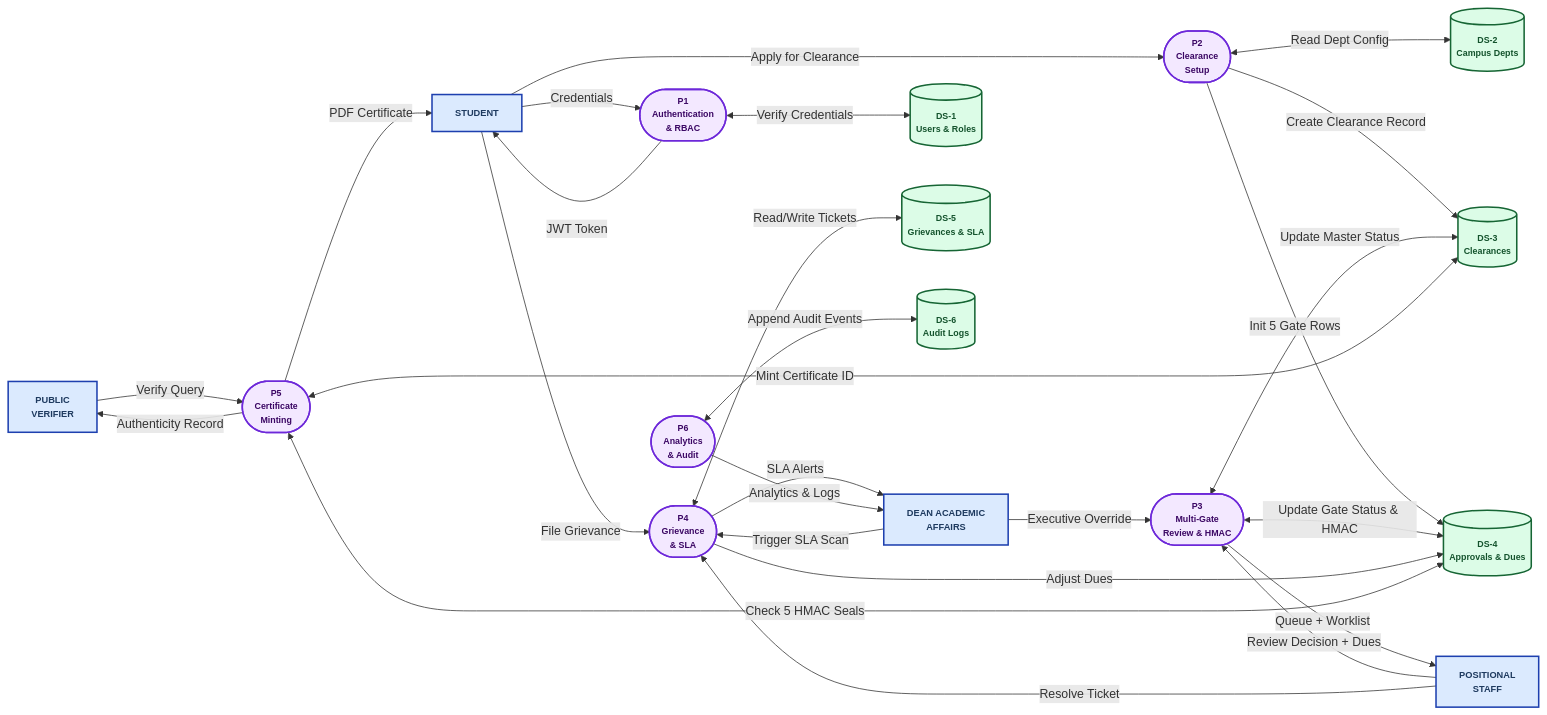
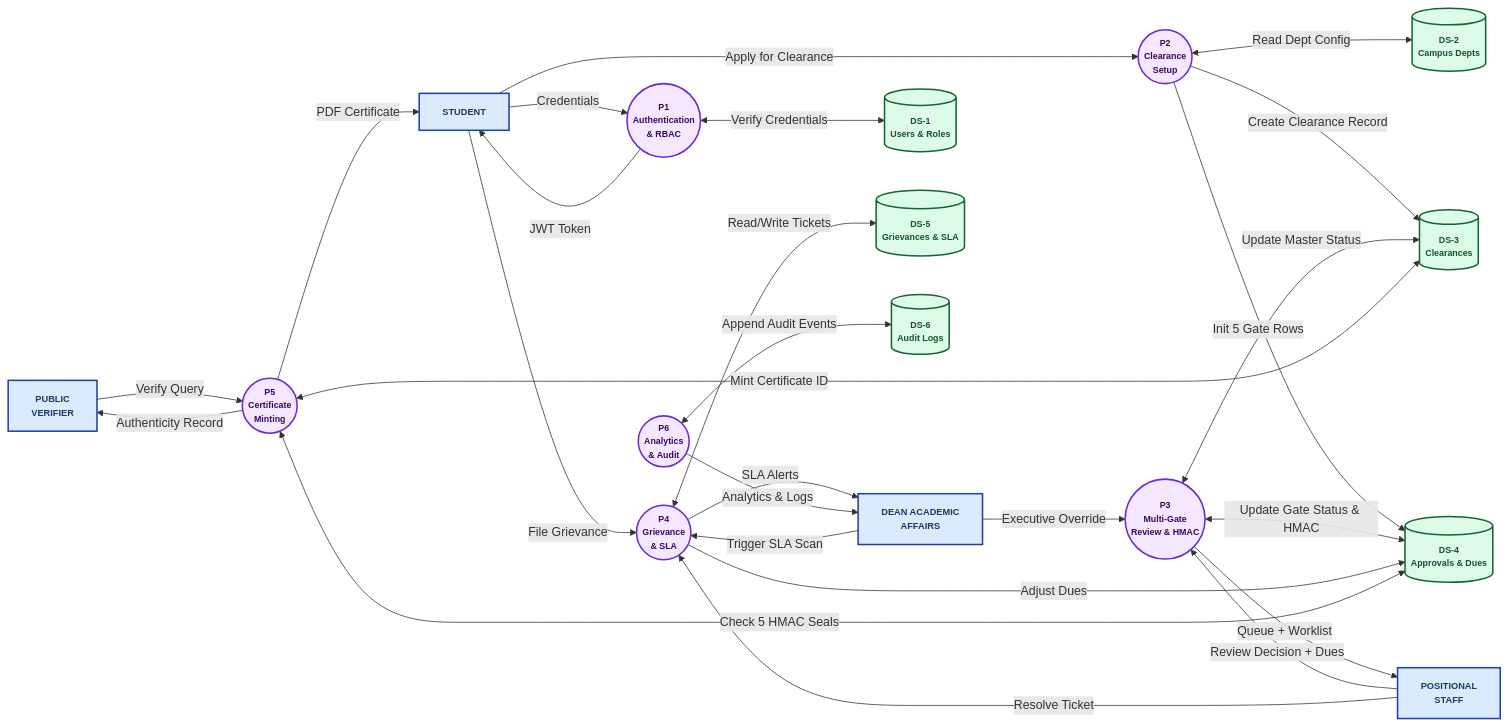
One commit to rags-git/clearance-automation-engine changed the second of 3 diagrams in docs/DFD.md. Above: the diagram before and after it, drawn with Mermaid. The commit also changed 1 other file, not shown here.

Commit message:
style(dfd): convert all Level 1 process bubbles from stadiums/ovals to circular bubbles

````diff
--- a/docs/DFD.md
+++ b/docs/DFD.md
@@ -56,59 +56,59 @@
 ```mermaid
 flowchart LR
     classDef entity  fill:#dbeafe,stroke:#1e40af,stroke-width:2px,color:#1e3a5f,font-size:12px,font-weight:bold
     classDef process fill:#f3e8ff,stroke:#6d28d9,stroke-width:2px,color:#3b0764,font-size:11.5px,font-weight:bold
     classDef store   fill:#dcfce7,stroke:#166534,stroke-width:2px,color:#14532d,font-size:11.5px,font-weight:bold
 
     %% ── External Entities (left column)
     E_STU["STUDENT"]:::entity
     E_STA["POSITIONAL\nSTAFF"]:::entity
     E_DAA["DEAN ACADEMIC\nAFFAIRS"]:::entity
     E_VER["PUBLIC\nVERIFIER"]:::entity
 
     %% ── Processes (centre column)
-    P1(["P1\nAuthentication\n& RBAC"]):::process
-    P2(["P2\nClearance\nSetup"]):::process
-    P3(["P3\nMulti-Gate\nReview & HMAC"]):::process
-    P4(["P4\nGrievance\n& SLA"]):::process
-    P5(["P5\nCertificate\nMinting"]):::process
-    P6(["P6\nAnalytics\n& Audit"]):::process
+    P1(("P1<br/>Authentication<br/>& RBAC")):::process
+    P2(("P2<br/>Clearance<br/>Setup")):::process
+    P3(("P3<br/>Multi-Gate<br/>Review & HMAC")):::process
+    P4(("P4<br/>Grievance<br/>& SLA")):::process
+    P5(("P5<br/>Certificate<br/>Minting")):::process
+    P6(("P6<br/>Analytics<br/>& Audit")):::process
 
     %% ── Data Stores (right column)
     DS1[("DS-1\nUsers & Roles")]:::store
     DS2[("DS-2\nCampus Depts")]:::store
     DS3[("DS-3\nClearances")]:::store
     DS4[("DS-4\nApprovals & Dues")]:::store
     DS5[("DS-5\nGrievances & SLA")]:::store
     DS6[("DS-6\nAudit Logs")]:::store
 
     %% ── Entity → Process flows
     E_STU -->|"Credentials"| P1
     E_STU -->|"Apply for Clearance"| P2
     E_STU -->|"File Grievance"| P4
     E_STA -->|"Review Decision + Dues"| P3
     E_STA -->|"Resolve Ticket"| P4
     E_DAA -->|"Executive Override"| P3
     E_DAA -->|"Trigger SLA Scan"| P4
     E_VER -->|"Verify Query"| P5
 
     %% ── Process → Entity flows
     P1 -->|"JWT Token"| E_STU
     P5 -->|"PDF Certificate"| E_STU
     P3 -->|"Queue + Worklist"| E_STA
     P4 -->|"SLA Alerts"| E_DAA
     P6 -->|"Analytics & Logs"| E_DAA
     P5 -->|"Authenticity Record"| E_VER
 
     %% ── Process ↔ Data Store flows
     P1 <-->|"Verify Credentials"| DS1
     P2 <-->|"Read Dept Config"| DS2
     P2 -->|"Create Clearance Record"| DS3
     P2 -->|"Init 5 Gate Rows"| DS4
     P3 <-->|"Update Gate Status & HMAC"| DS4
     P3 <-->|"Update Master Status"| DS3
     P4 <-->|"Read/Write Tickets"| DS5
     P4 -->|"Adjust Dues"| DS4
     P5 <-->|"Check 5 HMAC Seals"| DS4
     P5 <-->|"Mint Certificate ID"| DS3
     P6 <-->|"Append Audit Events"| DS6
 ```
````
